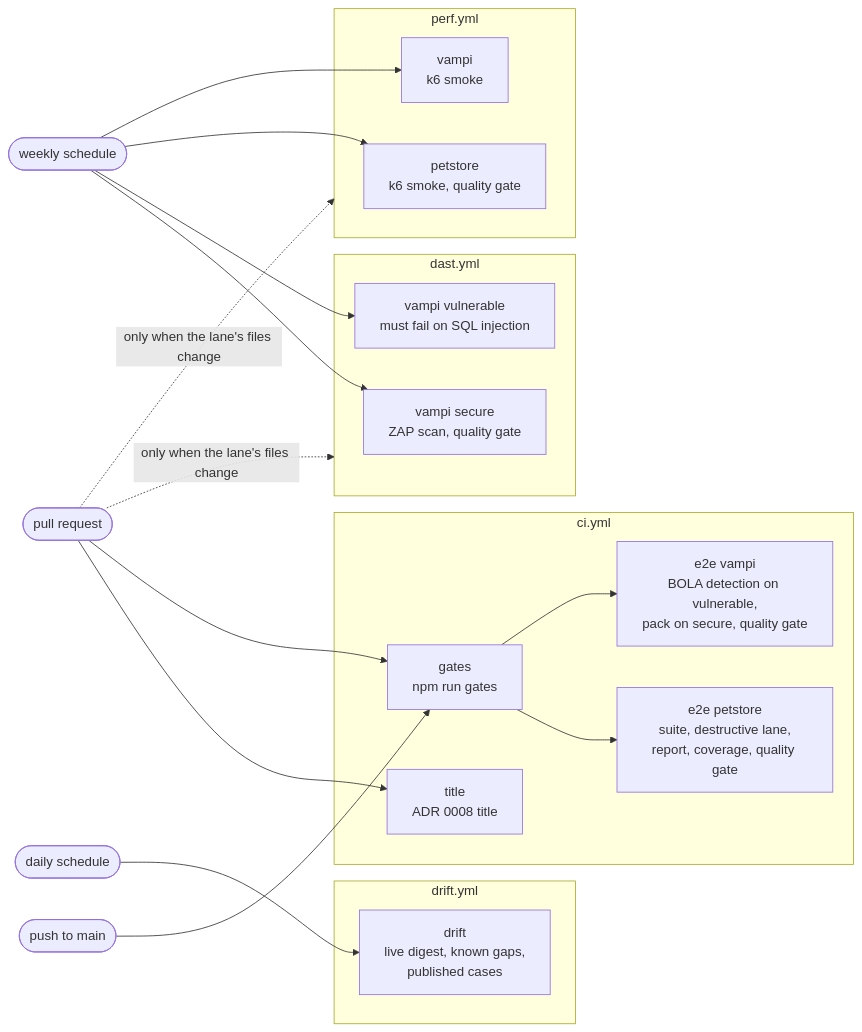
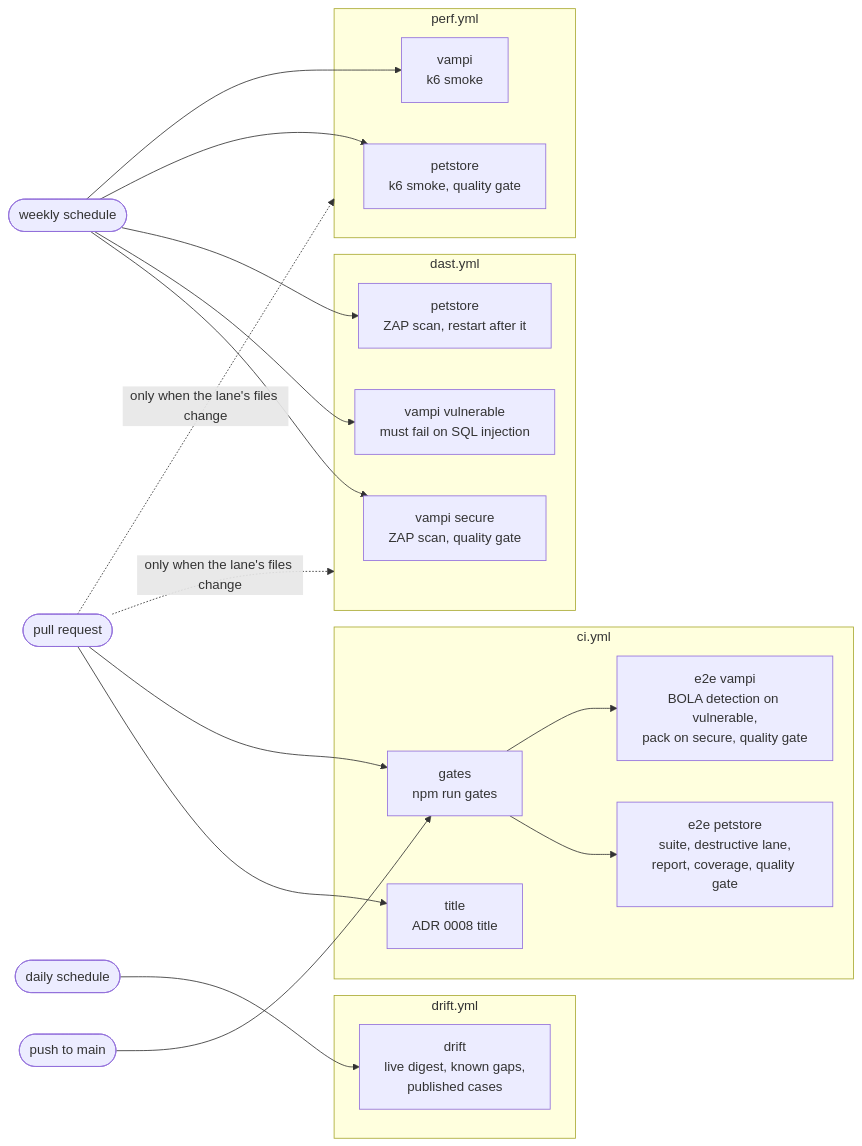
One commit to marceloancieta/api-qa-agentic-framework changed the diagram in docs/ci.md. Above: the diagram before and after it, drawn with Mermaid. The commit also changed other lines of this file and 14 other files, not shown here.

First line of the commit message:
feat(gates): FUT-10 scan the Petstore in the DAST lane (#38)

````diff
--- a/docs/ci.md
+++ b/docs/ci.md
@@ -18,41 +18,43 @@
 ```mermaid
 flowchart LR
   pr(["pull request"])
   push(["push to main"])
   daily(["daily schedule"])
   weekly(["weekly schedule"])
 
   subgraph ciWf["ci.yml"]
     title["title<br/>ADR 0008 title"]
     gatesJob["gates<br/>npm run gates"]
     e2e["e2e petstore<br/>suite, destructive lane,<br/>report, coverage, quality gate"]
     e2eVampi["e2e vampi<br/>BOLA detection on vulnerable,<br/>pack on secure, quality gate"]
     gatesJob --> e2e
     gatesJob --> e2eVampi
   end
 
   subgraph driftWf["drift.yml"]
     drift["drift<br/>live digest, known gaps,<br/>published cases"]
   end
 
   subgraph dastWf["dast.yml"]
     dastSecure["vampi secure<br/>ZAP scan, quality gate"]
     dastVuln["vampi vulnerable<br/>must fail on SQL injection"]
+    dastPet["petstore<br/>ZAP scan, restart after it"]
   end
 
   subgraph perfWf["perf.yml"]
     perfPet["petstore<br/>k6 smoke, quality gate"]
     perfVampi["vampi<br/>k6 smoke"]
   end
 
   pr --> title
   pr --> gatesJob
   push --> gatesJob
   daily --> drift
   weekly --> dastSecure
   weekly --> dastVuln
+  weekly --> dastPet
   weekly --> perfPet
   weekly --> perfVampi
   pr -.->|"only when the lane's files change"| dastWf
   pr -.->|"only when the lane's files change"| perfWf
 ```
````
